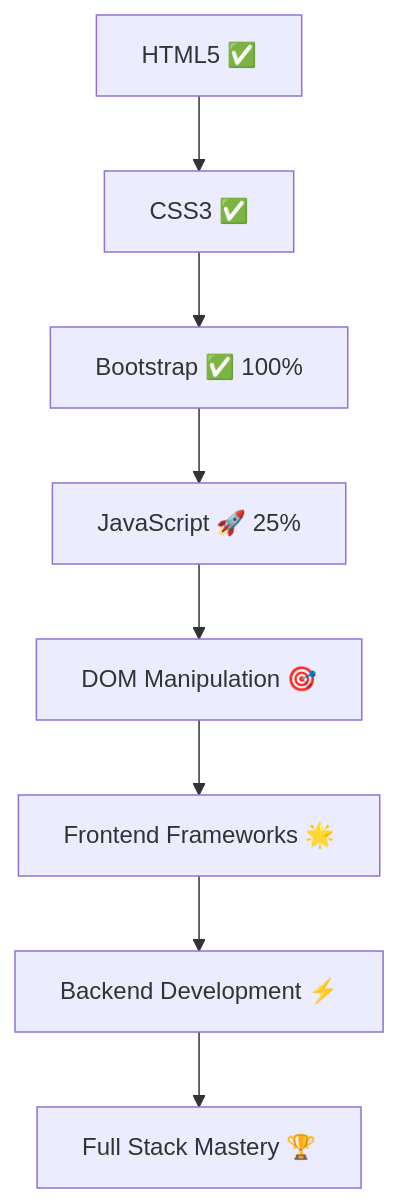
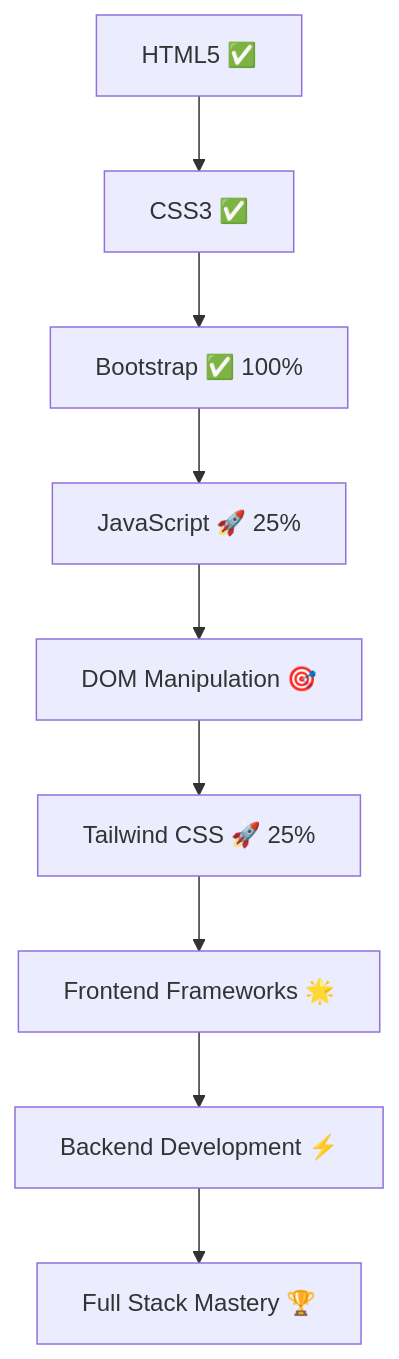
The diagram in README.md (MahmoudFawzy10/MahmoudFawzy10), drawn with Mermaid before and after one commit. The commit also changed other lines of this file, not shown here.

````diff
--- a/README.md
+++ b/README.md
@@ -28,10 +29,11 @@
 ```mermaid
 graph TD;
   A[HTML5 ✅] --> B[CSS3 ✅];
   B --> C[Bootstrap ✅ 100%];
   C --> D[JavaScript 🚀 25%];
   D --> E[DOM Manipulation 🎯];
-  E --> F[Frontend Frameworks 🌟];
-  F --> G[Backend Development ⚡];
-  G --> H[Full Stack Mastery 🏆];
+  E --> F[Tailwind CSS 🚀 25%];
+  F --> G[Frontend Frameworks 🌟];
+  G --> H[Backend Development ⚡];
+  H --> I[Full Stack Mastery 🏆];
 ```
````
